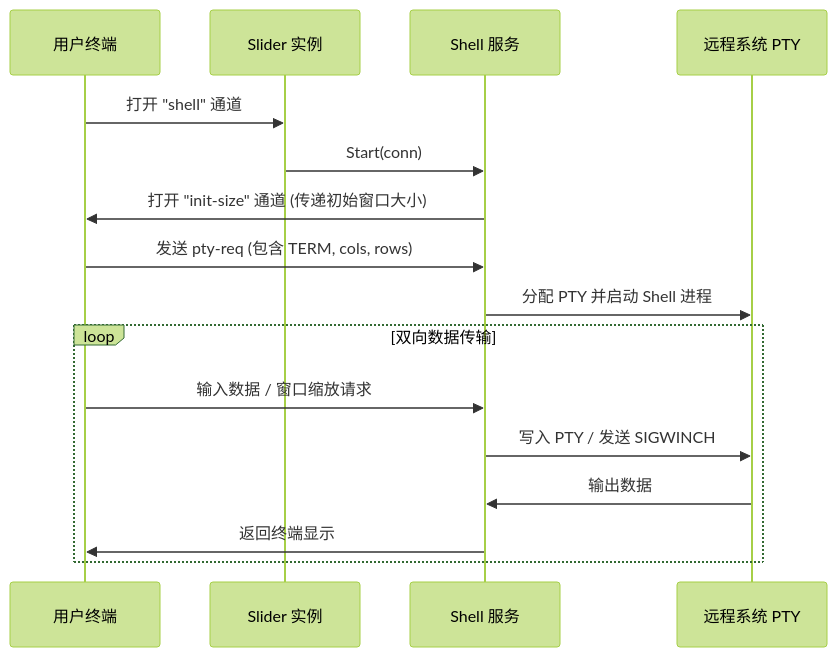
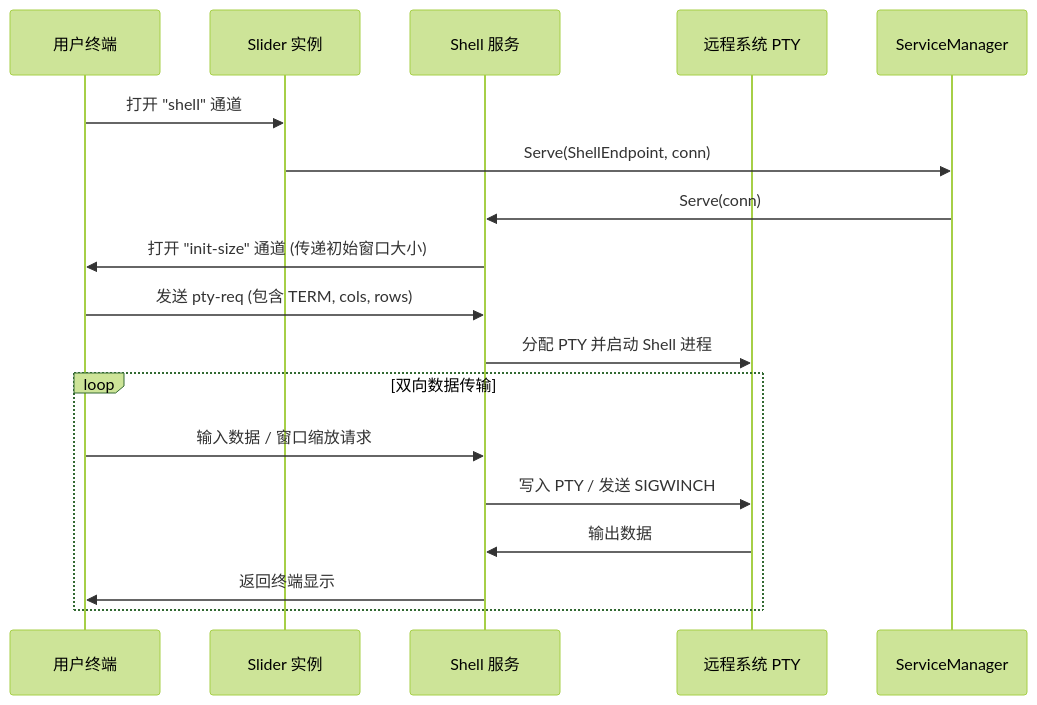
The first of 6 diagrams in .trae/deepwiki/功能模块：Shell、SFTP 与代理.md (fuzzbuster/slider), drawn with Mermaid (forest theme) before and after one commit. The commit also changed other lines of this file and 17 other files, not shown here.

````diff
--- a/.trae/deepwiki/功能模块：Shell、SFTP 与代理.md
+++ b/.trae/deepwiki/功能模块：Shell、SFTP 与代理.md
@@ -55,20 +55,21 @@
 ```mermaid
 sequenceDiagram
     participant User as 用户终端
     participant Instance as Slider 实例
     participant ShellSvc as Shell 服务
     participant Remote as 远程系统 PTY
 
     User->>Instance: 打开 "shell" 通道
-    Instance->>ShellSvc: Start(conn)
+    Instance->>ServiceManager: Serve(ShellEndpoint, conn)
+    ServiceManager->>ShellSvc: Serve(conn)
     ShellSvc->>User: 打开 "init-size" 通道 (传递初始窗口大小)
     User->>ShellSvc: 发送 pty-req (包含 TERM, cols, rows)
     ShellSvc->>Remote: 分配 PTY 并启动 Shell 进程
 
     loop 双向数据传输
         User->>ShellSvc: 输入数据 / 窗口缩放请求
         ShellSvc->>Remote: 写入 PTY / 发送 SIGWINCH
         Remote->>ShellSvc: 输出数据
         ShellSvc->>User: 返回终端显示
     end
 ```
````
